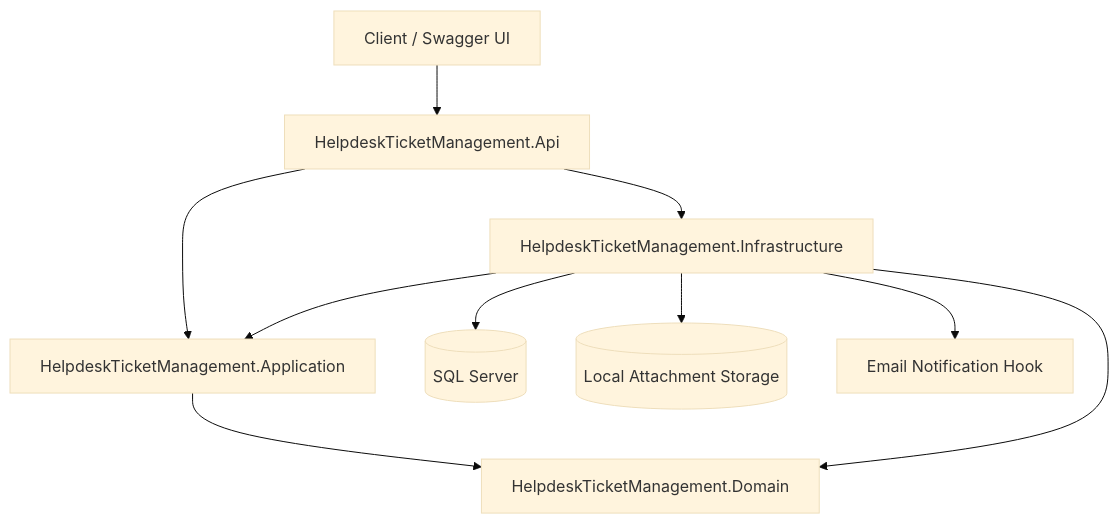
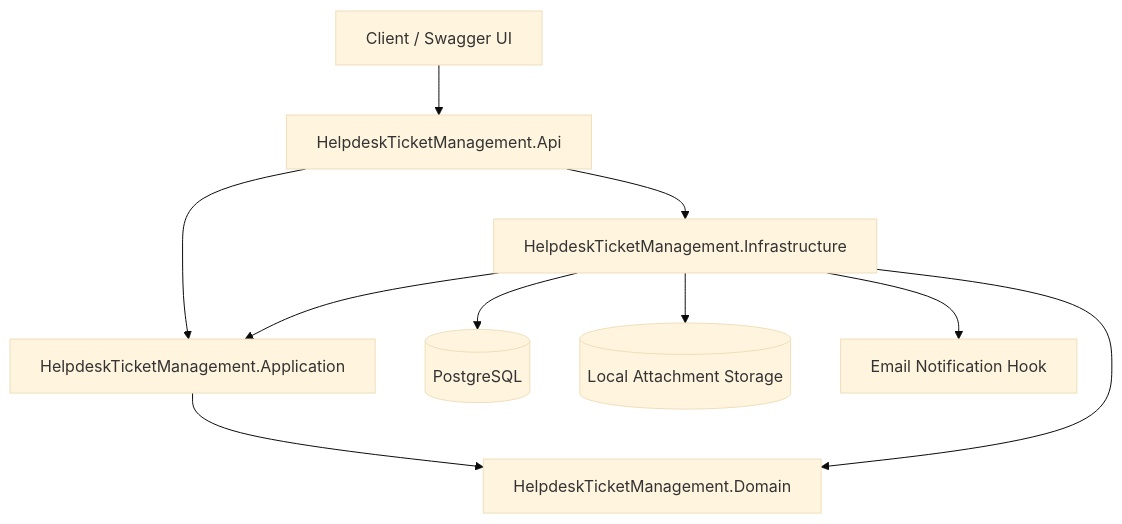
Before and after one commit to alifhaziq/helpdesk-ticket-management-api: the diagram in README.md, drawn with Mermaid (base theme). The commit also changed other lines of this file and 5 other files, not shown here.

Commit message:
Switch persistence to PostgreSQL

````diff
--- a/README.md
+++ b/README.md
@@ -28,12 +28,12 @@
 ```mermaid
 flowchart TD
     Client[Client / Swagger UI] --> Api[HelpdeskTicketManagement.Api]
     Api --> Application[HelpdeskTicketManagement.Application]
     Api --> Infrastructure[HelpdeskTicketManagement.Infrastructure]
     Infrastructure --> Application
     Application --> Domain[HelpdeskTicketManagement.Domain]
     Infrastructure --> Domain
-    Infrastructure --> SqlServer[(SQL Server)]
+    Infrastructure --> PostgreSql[(PostgreSQL)]
     Infrastructure --> FileStorage[(Local Attachment Storage)]
     Infrastructure --> EmailHook[Email Notification Hook]
 ```
````
